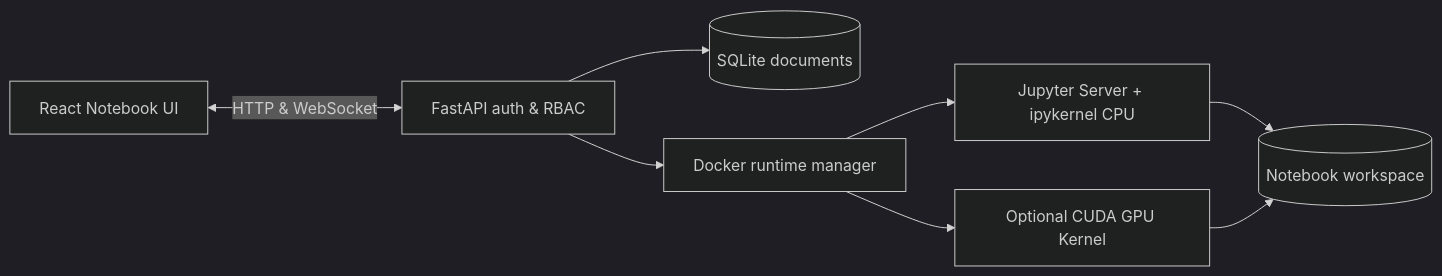
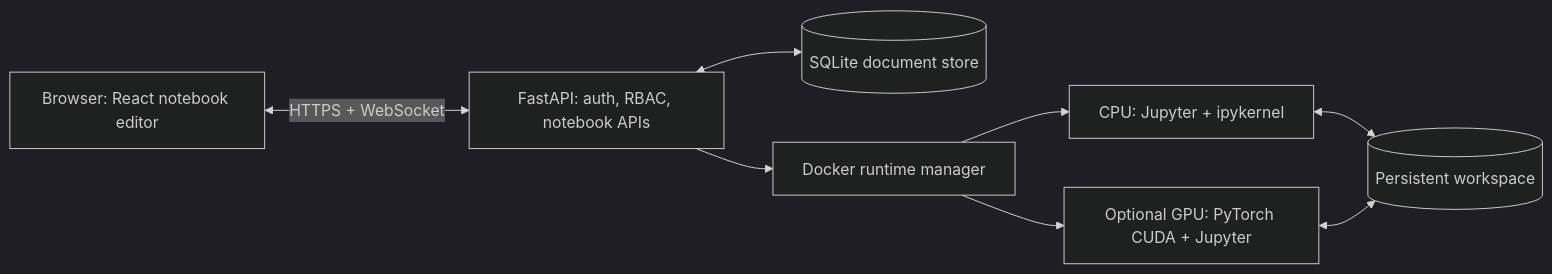
The diagram in README.md (1998x-stack/Nebula-Notebook), drawn with Mermaid (dark theme) before and after one commit. The commit also changed other lines of this file and 49 other files, not shown here.

````diff
--- a/README.md
+++ b/README.md
@@ -32,10 +34,10 @@
 ```mermaid
 flowchart LR
-  UI["React Notebook UI"] <-->|"HTTP & WebSocket"| API["FastAPI auth & RBAC"]
-  API --> DB[("SQLite documents")]
-  API --> Docker["Docker runtime manager"]
-  Docker --> CPU["Jupyter Server + ipykernel CPU"]
-  Docker --> GPU["Optional CUDA GPU Kernel"]
-  CPU --> WS[("Notebook workspace")]
-  GPU --> WS
+  Browser[Browser: React notebook editor] <-->|HTTPS + WebSocket| API[FastAPI: auth, RBAC, notebook APIs]
+  API <--> DB[(SQLite document store)]
+  API --> Manager[Docker runtime manager]
+  Manager --> CPU[CPU: Jupyter + ipykernel]
+  Manager --> GPU[Optional GPU: PyTorch CUDA + Jupyter]
+  CPU <--> Workspace[(Persistent workspace)]
+  GPU <--> Workspace
 ```
````
